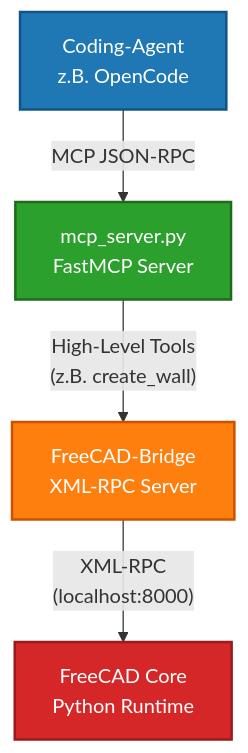
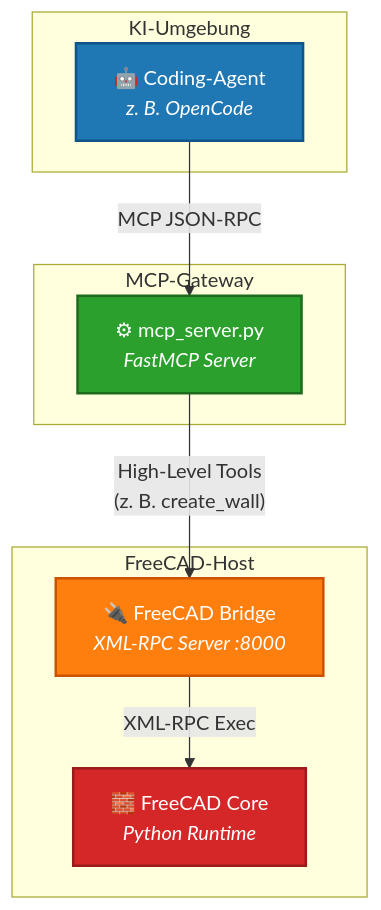
The diagram in README.de.md (ascriba/freecad-bim-agent), drawn with Mermaid before and after one commit. The commit also changed other lines of this file and 2 other files, not shown here.

````diff
--- a/README.de.md
+++ b/README.de.md
@@ -13,16 +35,24 @@
 ```mermaid
-graph TD
-    Agent[Coding-Agent <br> z.B. OpenCode]
-    Server[mcp_server.py <br> FastMCP Server]
-    Bridge[FreeCAD-Bridge <br> XML-RPC Server]
-    FC[FreeCAD Core <br> Python Runtime]
+graph TD;
+    subgraph KI-Umgebung
+        Agent[🤖 Coding-Agent <br> <i>z. B. OpenCode</i>];
+    end
 
-    Agent -- "MCP JSON-RPC" --> Server
-    Server -- "High-Level Tools <br> (z.B. create_wall)" --> Bridge
-    Bridge -- "XML-RPC <br> (localhost:8000)" --> FC
+    subgraph MCP-Gateway
+        Server[⚙ mcp_server.py <br> <i>FastMCP Server</i>];
+    end
 
-    style Agent fill:#1f77b4,stroke:#115588,stroke-width:2px,color:#fff
-    style Server fill:#2ca02c,stroke:#1e6b1e,stroke-width:2px,color:#fff
-    style Bridge fill:#ff7f0e,stroke:#cc5200,stroke-width:2px,color:#fff
-    style FC fill:#d62728,stroke:#991b1b,stroke-width:2px,color:#fff
-   ```
+    subgraph FreeCAD-Host
+        Bridge[🔌 FreeCAD Bridge <br> <i>XML-RPC Server :8000</i>];
+        FC[🧱 FreeCAD Core <br> <i>Python Runtime</i>];
+    end
+
+    Agent -- "MCP JSON-RPC" --> Server;
+    Server -- "High-Level Tools <br> (z. B. create_wall)" --> Bridge;
+    Bridge -- "XML-RPC Exec" --> FC;
+
+    style Agent fill:#1f77b4,stroke:#115588,stroke-width:2px,color:#fff;
+    style Server fill:#2ca02c,stroke:#1e6b1e,stroke-width:2px,color:#fff;
+    style Bridge fill:#ff7f0e,stroke:#cc5200,stroke-width:2px,color:#fff;
+    style FC fill:#d62728,stroke:#991b1b,stroke-width:2px,color:#fff;
+```
````
